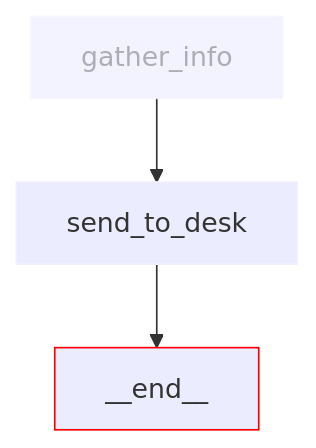
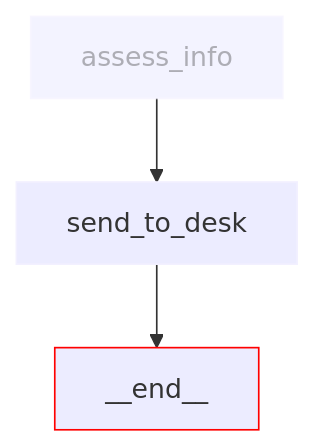
Before and after one commit to dextersjab/agentic-workbench-langgraph: the sixth of 6 diagrams in backend/src/workflows/support_desk/nodes/README.md, drawn with Mermaid. The commit also changed other lines of this file and 3 other files, not shown here.

````diff
--- a/backend/src/workflows/support_desk/nodes/README.md
+++ b/backend/src/workflows/support_desk/nodes/README.md
@@ -126,12 +147,12 @@
 ```mermaid
 graph TD
-    A[gather_info] --> B[send_to_desk]
+    A[assess_info] --> B[send_to_desk]
     B --> C[__end__]
     
     classDef default stroke:#f2f0ff,line-height:1.2
     classDef context opacity:0.6
     classDef last stroke:red
     
     class A context
     class C last
 ```
````
